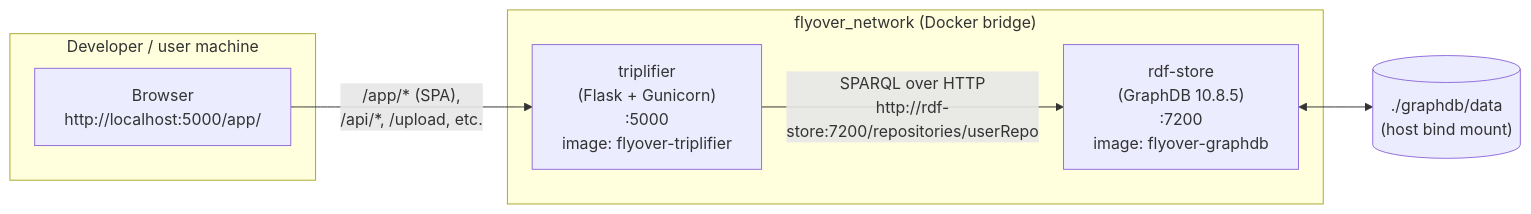
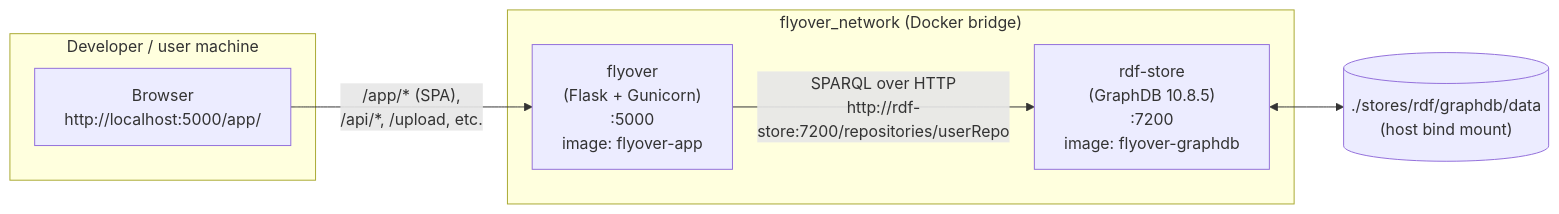
One commit to MaastrichtU-CDS/Flyover changed the first of 3 diagrams in docs/architecture.md. Above: the diagram before and after it, drawn with Mermaid. The commit also changed other lines of this file and 185 other files, not shown here.

First line of the commit message:
refactor: rename triplifier/ to flyover/ and move rdf-store/ to stores/rdf/

````diff
--- a/docs/architecture.md
+++ b/docs/architecture.md
@@ -9,14 +9,14 @@
 ```mermaid
 flowchart LR
     subgraph host["Developer / user machine"]
         browser["Browser<br/>http://localhost:5000/app/"]
     end
     subgraph net["flyover_network (Docker bridge)"]
-        triplifier["triplifier<br/>(Flask + Gunicorn)<br/>:5000<br/>image: flyover-triplifier"]
+        flyover["flyover<br/>(Flask + Gunicorn)<br/>:5000<br/>image: flyover-app"]
         rdfstore["rdf-store<br/>(GraphDB 10.8.5)<br/>:7200<br/>image: flyover-graphdb"]
     end
-    bind[("./graphdb/data<br/>(host bind mount)")]
-    browser -- "/app/* (SPA),<br/>/api/*, /upload, etc." --> triplifier
-    triplifier -- "SPARQL over HTTP<br/>http://rdf-store:7200/repositories/userRepo" --> rdfstore
+    bind[("./stores/rdf/graphdb/data<br/>(host bind mount)")]
+    browser -- "/app/* (SPA),<br/>/api/*, /upload, etc." --> flyover
+    flyover -- "SPARQL over HTTP<br/>http://rdf-store:7200/repositories/userRepo" --> rdfstore
     rdfstore <--> bind
 ```
````
